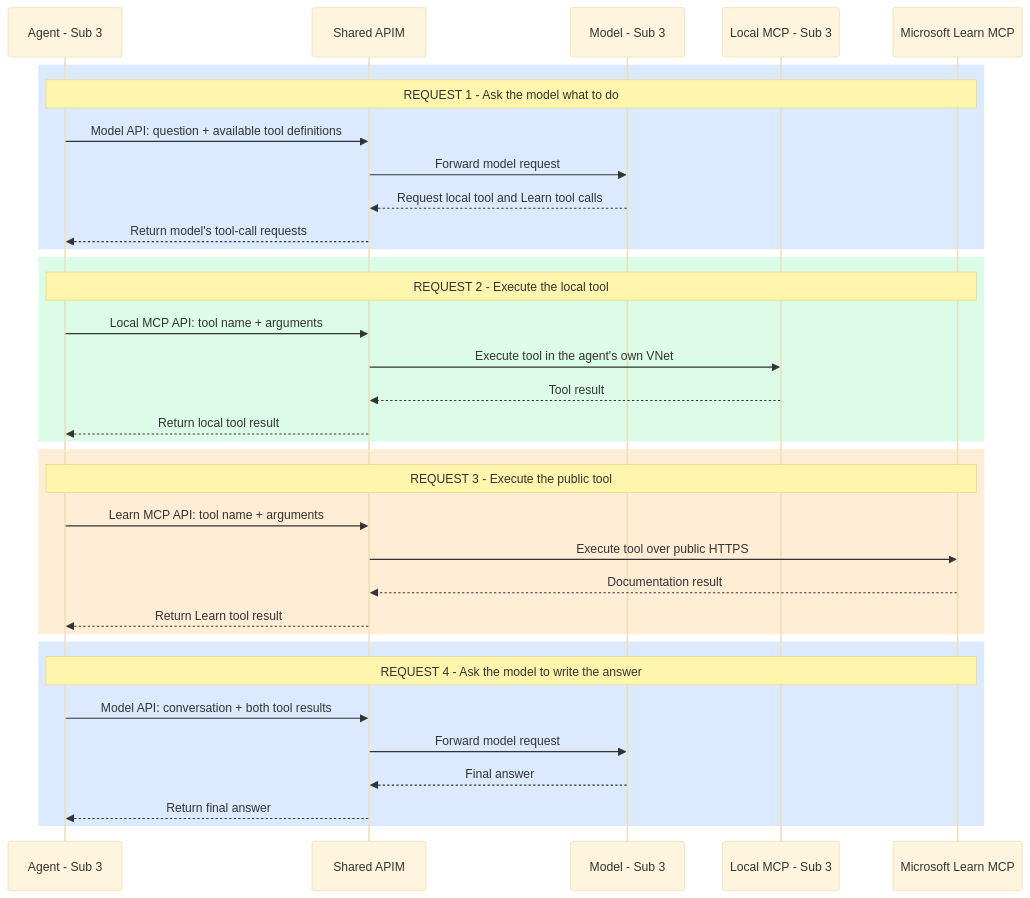
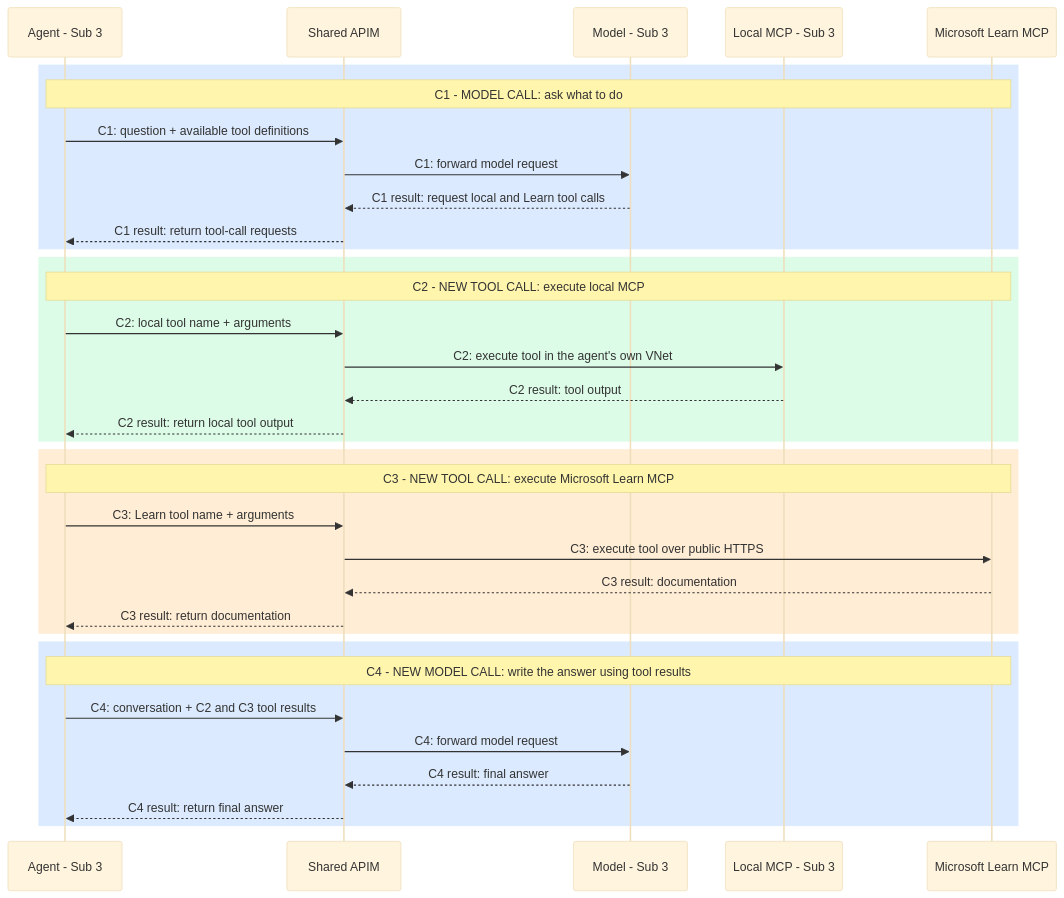
The fourth of 4 diagrams in architecture.md (memasanz/foundry-ai-landing-zone), drawn with Mermaid (base theme) before and after one commit. The commit also changed other lines of this file, not shown here.

````diff
--- a/architecture.md
+++ b/architecture.md
@@ -165,40 +180,40 @@
 ```mermaid
 sequenceDiagram
     participant Agent as Agent - Sub 3
     participant APIM as Shared APIM
     participant Model as Model - Sub 3
     participant Local as Local MCP - Sub 3
     participant Learn as Microsoft Learn MCP
 
     rect rgb(219, 234, 254)
-        Note over Agent,Learn: REQUEST 1 - Ask the model what to do
-        Agent->>APIM: Model API: question + available tool definitions
-        APIM->>Model: Forward model request
-        Model-->>APIM: Request local tool and Learn tool calls
-        APIM-->>Agent: Return model's tool-call requests
+        Note over Agent,Learn: C1 - MODEL CALL: ask what to do
+        Agent->>APIM: C1: question + available tool definitions
+        APIM->>Model: C1: forward model request
+        Model-->>APIM: C1 result: request local and Learn tool calls
+        APIM-->>Agent: C1 result: return tool-call requests
     end
 
     rect rgb(220, 252, 231)
-        Note over Agent,Learn: REQUEST 2 - Execute the local tool
-        Agent->>APIM: Local MCP API: tool name + arguments
-        APIM->>Local: Execute tool in the agent's own VNet
-        Local-->>APIM: Tool result
-        APIM-->>Agent: Return local tool result
+        Note over Agent,Learn: C2 - NEW TOOL CALL: execute local MCP
+        Agent->>APIM: C2: local tool name + arguments
+        APIM->>Local: C2: execute tool in the agent's own VNet
+        Local-->>APIM: C2 result: tool output
+        APIM-->>Agent: C2 result: return local tool output
     end
 
     rect rgb(255, 237, 213)
-        Note over Agent,Learn: REQUEST 3 - Execute the public tool
-        Agent->>APIM: Learn MCP API: tool name + arguments
-        APIM->>Learn: Execute tool over public HTTPS
-        Learn-->>APIM: Documentation result
-        APIM-->>Agent: Return Learn tool result
+        Note over Agent,Learn: C3 - NEW TOOL CALL: execute Microsoft Learn MCP
+        Agent->>APIM: C3: Learn tool name + arguments
+        APIM->>Learn: C3: execute tool over public HTTPS
+        Learn-->>APIM: C3 result: documentation
+        APIM-->>Agent: C3 result: return documentation
     end
 
     rect rgb(219, 234, 254)
-        Note over Agent,Learn: REQUEST 4 - Ask the model to write the answer
-        Agent->>APIM: Model API: conversation + both tool results
-        APIM->>Model: Forward model request
-        Model-->>APIM: Final answer
-        APIM-->>Agent: Return final answer
+        Note over Agent,Learn: C4 - NEW MODEL CALL: write the answer using tool results
+        Agent->>APIM: C4: conversation + C2 and C3 tool results
+        APIM->>Model: C4: forward model request
+        Model-->>APIM: C4 result: final answer
+        APIM-->>Agent: C4 result: return final answer
     end
 ```
````
